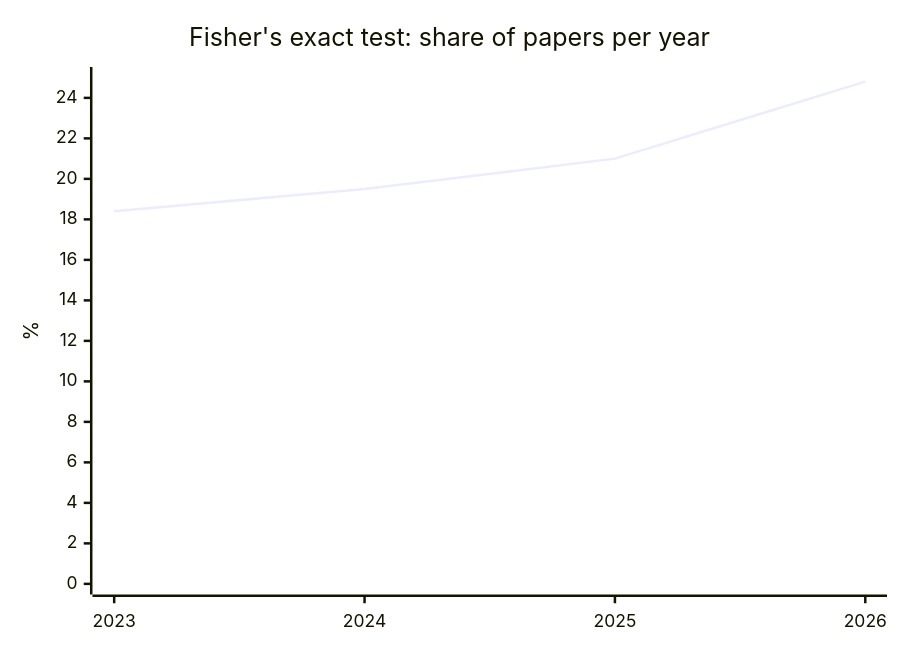
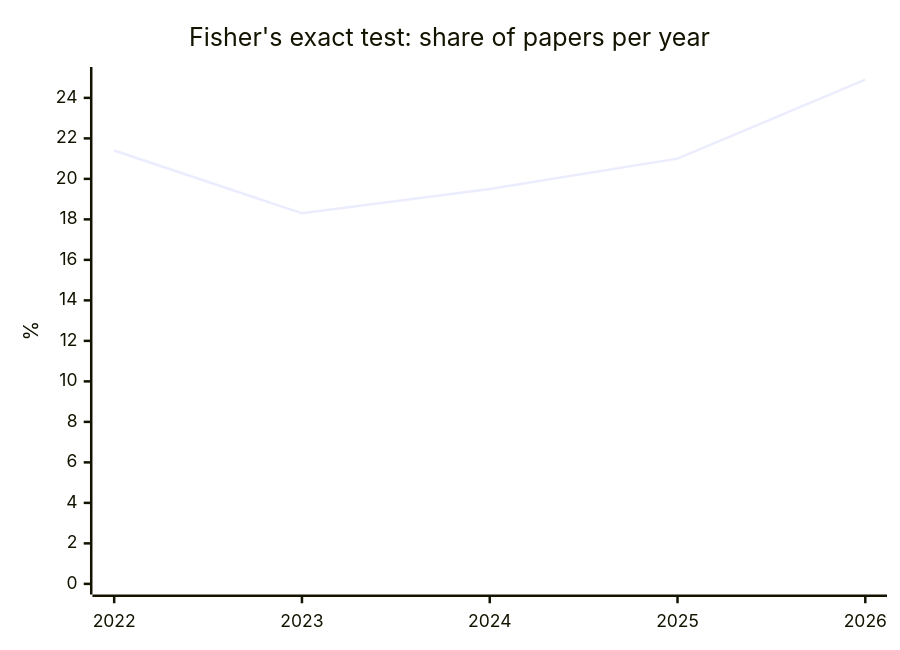
Before and after one commit to nfdi4health/datashield-function-ideas: the fifth of 5 diagrams in literature-watch/reports/overview.md, drawn with Mermaid. The commit also changed other lines of this file and 1 other file, not shown here.

````diff
--- a/literature-watch/reports/overview.md
+++ b/literature-watch/reports/overview.md
@@ -84,7 +84,7 @@
 ```mermaid
 xychart-beta
   title "Fisher's exact test: share of papers per year"
-  x-axis [2023, 2024, 2025, 2026]
+  x-axis [2022, 2023, 2024, 2025, 2026]
   y-axis "%" 0 --> 25
-  line [18.4, 19.5, 21.0, 24.8]
+  line [21.4, 18.3, 19.5, 21.0, 24.9]
 ```
````
